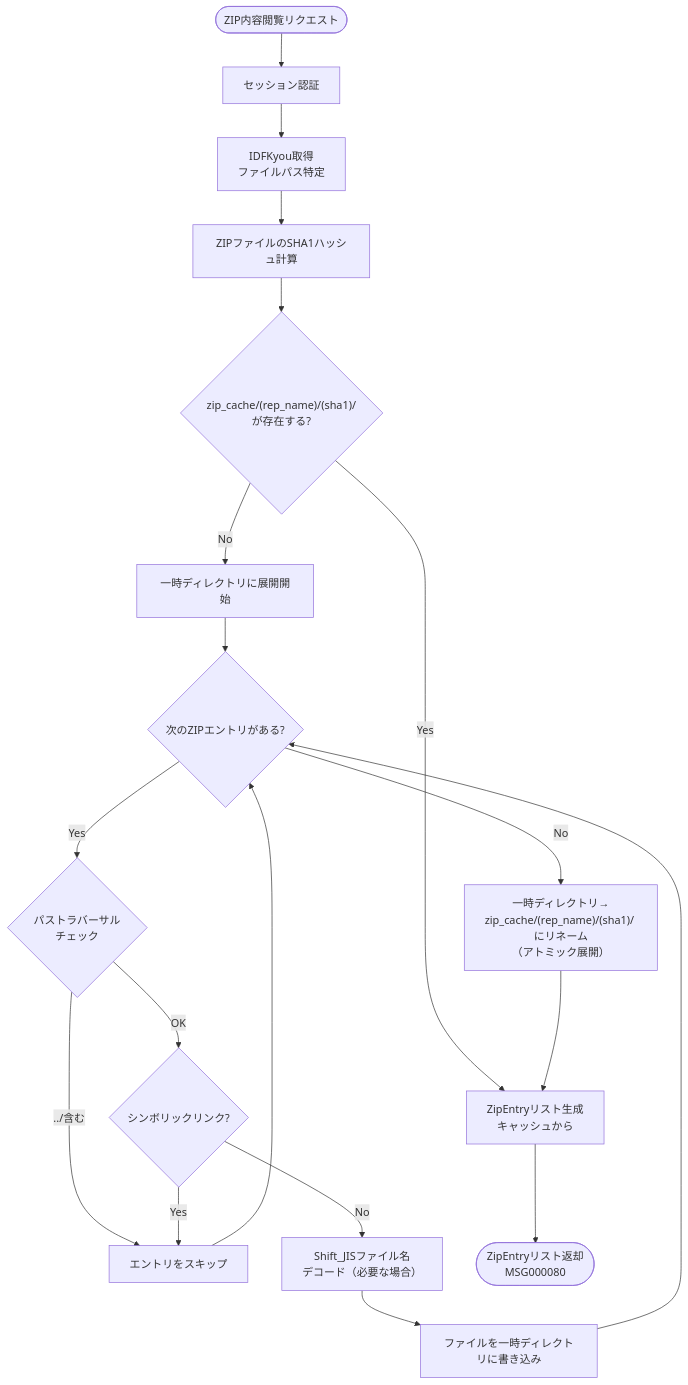
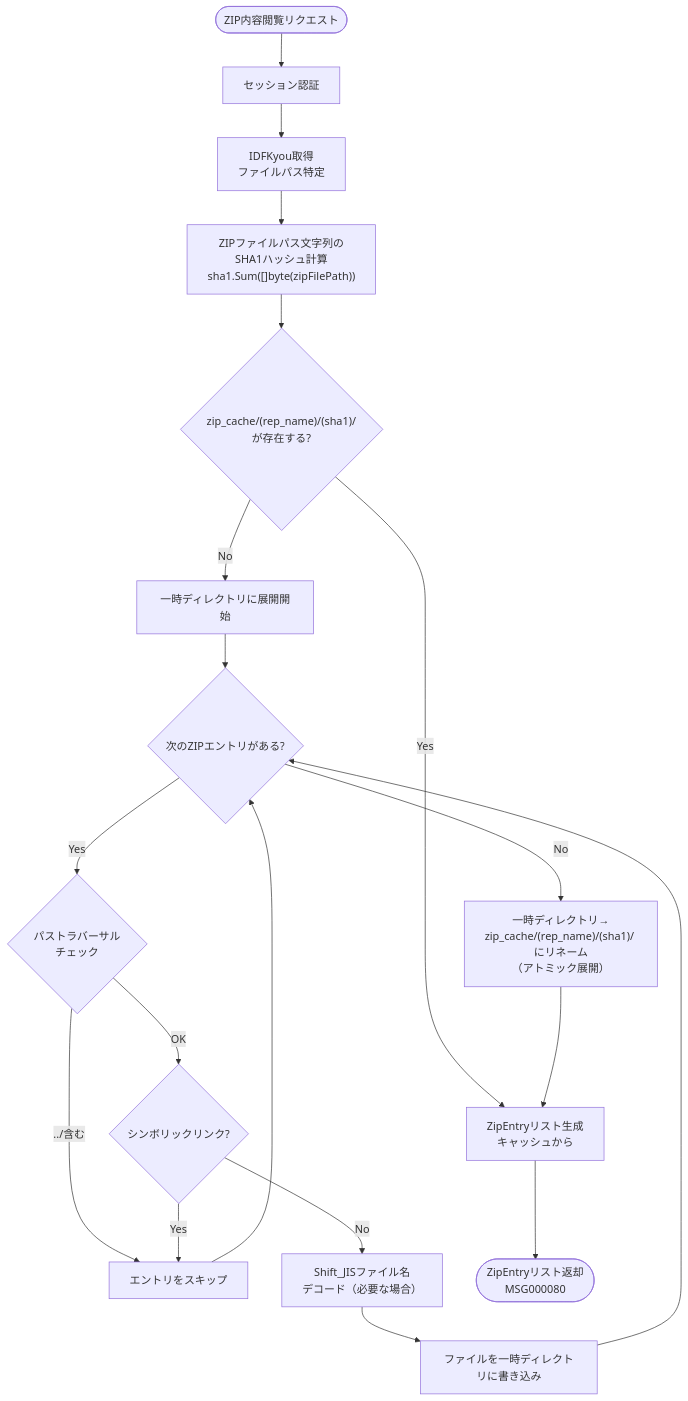
Before and after one commit to mt3hr/gkill: the seventh of 13 diagrams in documents/reverse/activity-diagrams.md, drawn with Mermaid. The commit also changed other lines of this file and 25 other files, not shown here.

````diff
--- a/documents/reverse/activity-diagrams.md
+++ b/documents/reverse/activity-diagrams.md
@@ -201,28 +217,28 @@
 ```mermaid
 flowchart TD
     Start([ZIP内容閲覧リクエスト]) --> Auth[セッション認証]
     Auth --> GetIDFKyou[IDFKyou取得<br>ファイルパス特定]
-    GetIDFKyou --> CalcHash[ZIPファイルのSHA1ハッシュ計算]
+    GetIDFKyou --> CalcHash["ZIPファイルパス文字列のSHA1ハッシュ計算<br>sha1.Sum([]byte(zipFilePath))"]
     CalcHash --> CacheCheck{"zip_cache/(rep_name)/(sha1)/<br>が存在する?"}
 
     CacheCheck -->|Yes| BuildEntries[ZipEntryリスト生成<br>キャッシュから]
     CacheCheck -->|No| ExtractToTemp[一時ディレクトリに展開開始]
 
     ExtractToTemp --> LoopEntries{次のZIPエントリがある?}
     LoopEntries -->|Yes| TraversalCheck{パストラバーサル<br>チェック}
 
     TraversalCheck -->|../含む| SkipEntry[エントリをスキップ]
     SkipEntry --> LoopEntries
     TraversalCheck -->|OK| SymlinkCheck{シンボリックリンク?}
 
     SymlinkCheck -->|Yes| SkipEntry
     SymlinkCheck -->|No| DecodeFilename[Shift_JISファイル名<br>デコード（必要な場合）]
 
     DecodeFilename --> WriteFile[ファイルを一時ディレクトリに書き込み]
     WriteFile --> LoopEntries
 
     LoopEntries -->|No| AtomicRename["一時ディレクトリ→<br>zip_cache/(rep_name)/(sha1)/ にリネーム<br>（アトミック展開）"]
     AtomicRename --> BuildEntries
 
     BuildEntries --> ReturnEntries([ZipEntryリスト返却<br>MSG000080])
 ```
````
